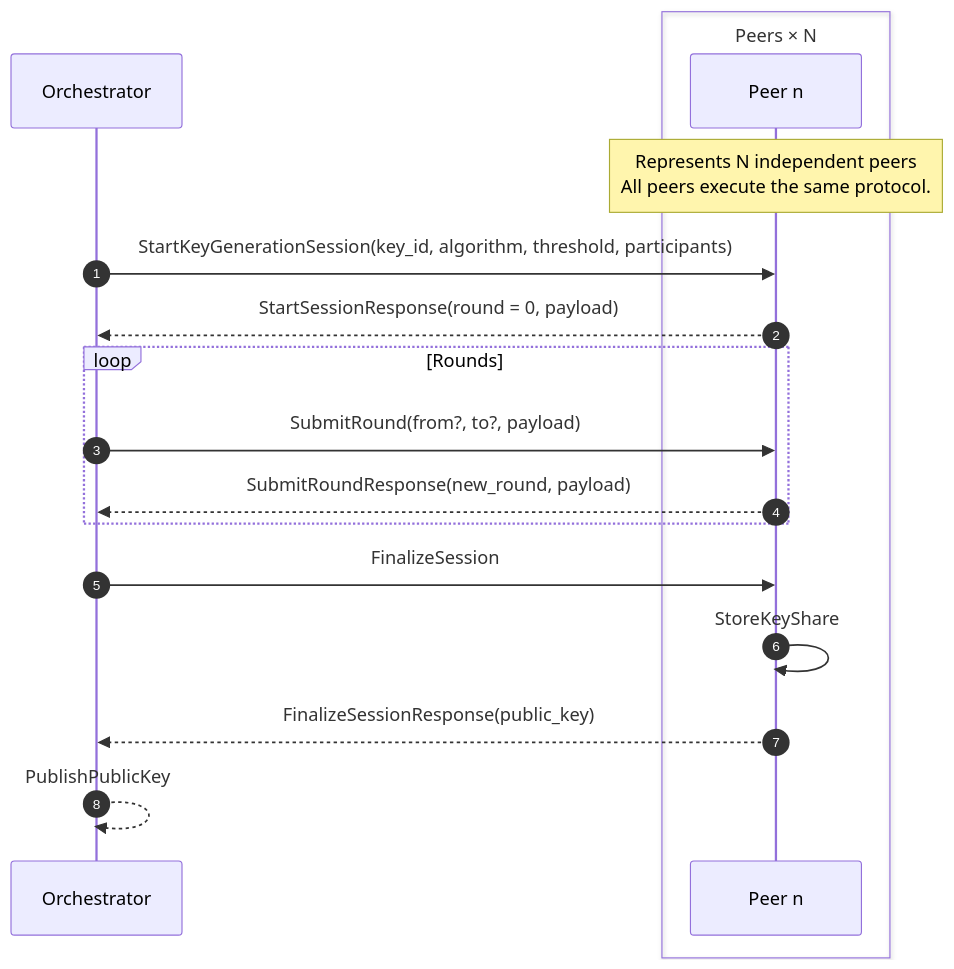
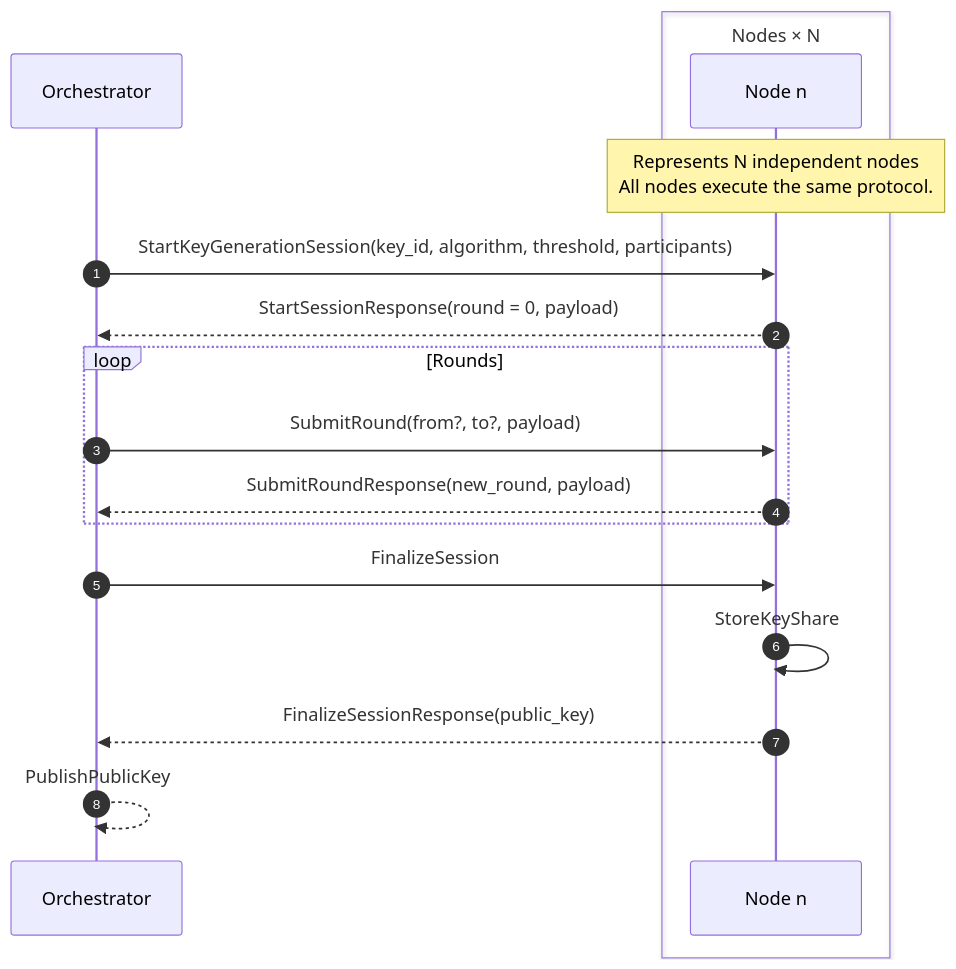
Before and after one commit to shreeed-app/multi-party-computation-cryptographic-engine: the first of 2 diagrams in README.md, drawn with Mermaid. The commit also changed other lines of this file and 29 other files, not shown here.

````diff
--- a/README.md
+++ b/README.md
@@ -27,26 +27,26 @@
 ```mermaid
 sequenceDiagram
     autonumber
 
     participant Orchestrator
-    box Peers × N
-        participant Peer as Peer n
+    box Nodes × N
+        participant Node as Node n
     end
 
-    Note over Peer: Represents N independent peers<br/>All peers execute the same protocol.
+    Note over Node: Represents N independent nodes<br/>All nodes execute the same protocol.
 
-    Orchestrator->>Peer: StartKeyGenerationSession(key_id, algorithm, threshold, participants)
+    Orchestrator->>Node: StartKeyGenerationSession(key_id, algorithm, threshold, participants)
 
-    Peer-->>Orchestrator: StartSessionResponse(round = 0, payload)
+    Node-->>Orchestrator: StartSessionResponse(round = 0, payload)
 
     loop Rounds
-        Orchestrator->>Peer: SubmitRound(from?, to?, payload)
-        Peer-->>Orchestrator: SubmitRoundResponse(new_round, payload)
+        Orchestrator->>Node: SubmitRound(from?, to?, payload)
+        Node-->>Orchestrator: SubmitRoundResponse(new_round, payload)
     end
 
-    Orchestrator->>Peer: FinalizeSession
-    Peer->>Peer: StoreKeyShare
-    Peer-->>Orchestrator: FinalizeSessionResponse(public_key)
+    Orchestrator->>Node: FinalizeSession
+    Node->>Node: StoreKeyShare
+    Node-->>Orchestrator: FinalizeSessionResponse(public_key)
 
     Orchestrator-->>Orchestrator: PublishPublicKey
 ```
````
